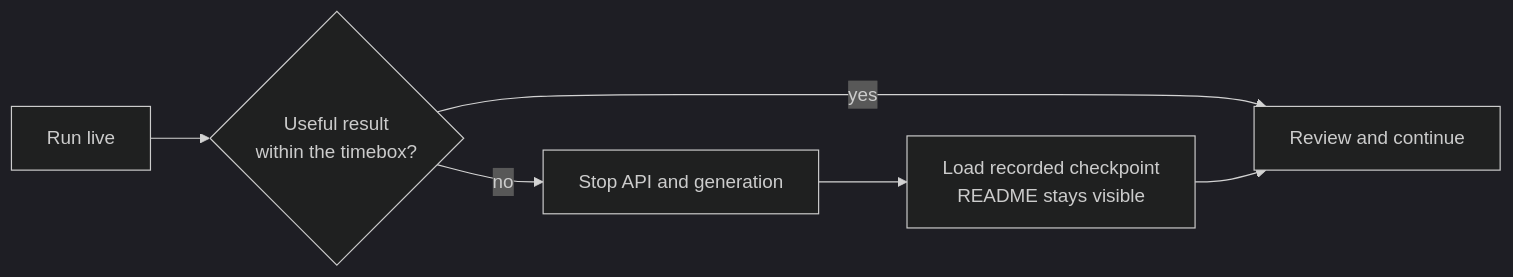
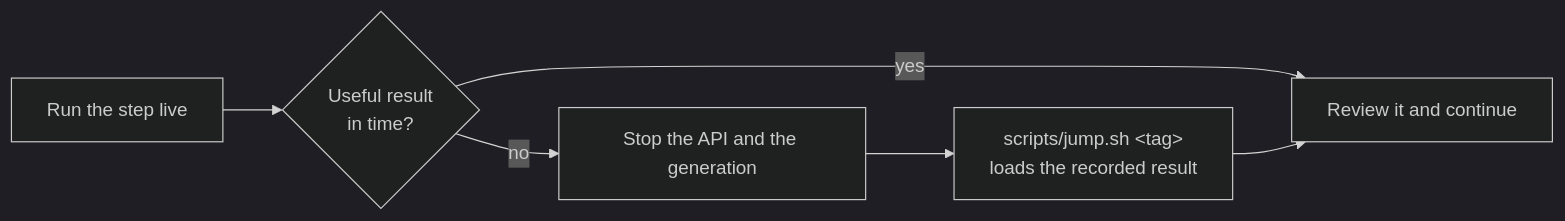
One commit to hkaanturgut/spec-kit-fleetwise changed the sixth of 8 diagrams in README.md. Above: the diagram before and after it, drawn with Mermaid (dark theme). The commit also changed other lines of this file and 3 other files, not shown here.

````diff
--- a/README.md
+++ b/README.md
@@ -742,8 +795,8 @@
 ```mermaid
 flowchart LR
-    LIVE["Run live"] --> READY{"Useful result<br/>within the timebox?"}
-    READY -- yes --> NEXT["Review and continue"]
-    READY -- no --> STOP["Stop API and generation"]
-    STOP --> TAG["Load recorded checkpoint<br/>README stays visible"]
+    LIVE["Run the step live"] --> READY{"Useful result<br/>in time?"}
+    READY -- yes --> NEXT["Review it and continue"]
+    READY -- no --> STOP["Stop the API and the generation"]
+    STOP --> TAG["scripts/jump.sh &lt;tag&gt;<br/>loads the recorded result"]
     TAG --> NEXT
 ```
````
